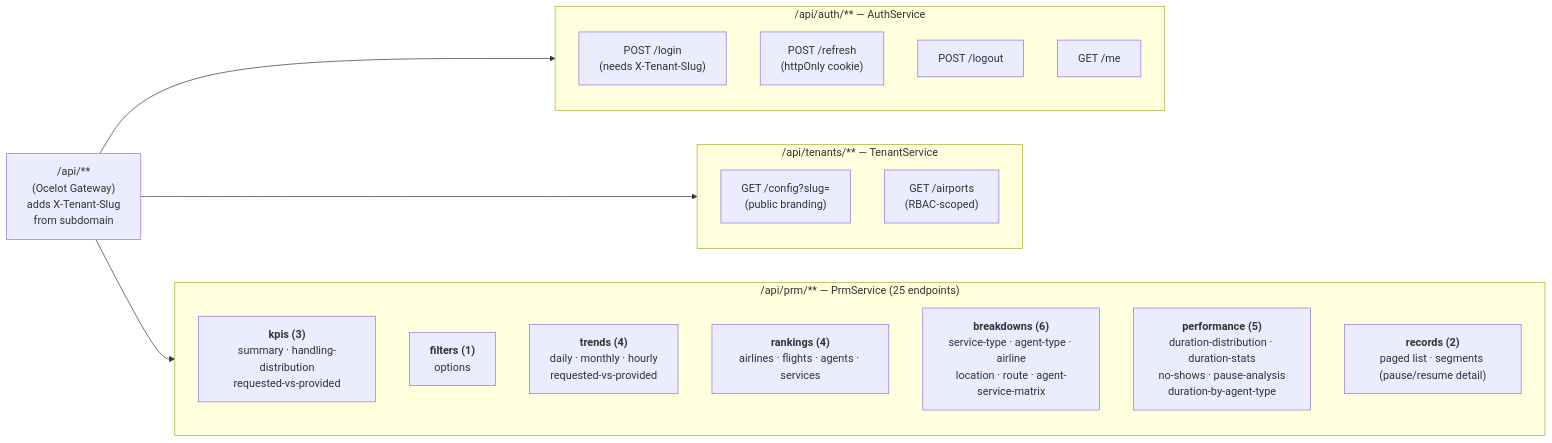
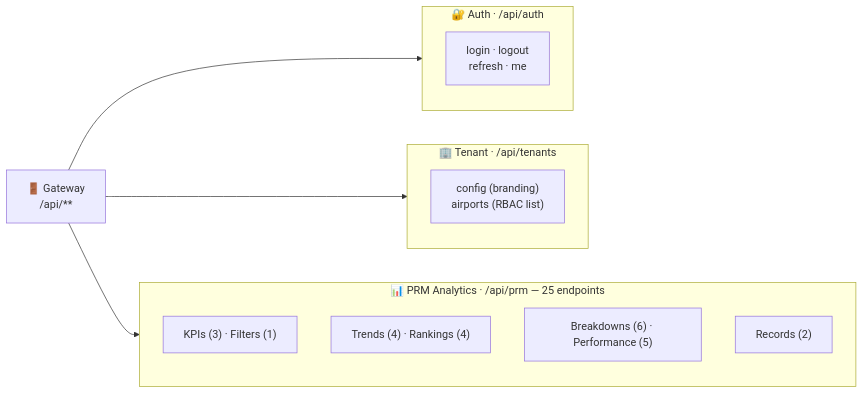
One commit to cosmo666/prm-dashboard changed the sixth of 6 diagrams in README.md. Above: the diagram before and after it, drawn with Mermaid. The commit also changed other lines of this file and 3 other files, not shown here.

````diff
--- a/README.md
+++ b/README.md
@@ -550,33 +549,24 @@
 ```mermaid
 flowchart LR
-    GW["/api/**<br/>(Ocelot Gateway)<br/>adds X-Tenant-Slug<br/>from subdomain"]
+    GW["🚪 Gateway<br/>/api/**"]
 
-    subgraph A["/api/auth/** — AuthService"]
-        direction TB
-        A1["POST /login<br/>(needs X-Tenant-Slug)"]
-        A2["POST /refresh<br/>(httpOnly cookie)"]
-        A3["POST /logout"]
-        A4["GET /me"]
+    subgraph A["🔐 Auth · /api/auth"]
+        A1["login · logout<br/>refresh · me"]
     end
 
-    subgraph T["/api/tenants/** — TenantService"]
-        direction TB
-        T1["GET /config?slug=<br/>(public branding)"]
-        T2["GET /airports<br/>(RBAC-scoped)"]
+    subgraph T["🏢 Tenant · /api/tenants"]
+        T1["config (branding)<br/>airports (RBAC list)"]
     end
 
-    subgraph P["/api/prm/** — PrmService (25 endpoints)"]
+    subgraph P["📊 PRM Analytics · /api/prm — 25 endpoints"]
         direction TB
-        Kpis["<b>kpis (3)</b><br/>summary · handling-distribution<br/>requested-vs-provided"]
-        Filters["<b>filters (1)</b><br/>options"]
-        Trends["<b>trends (4)</b><br/>daily · monthly · hourly<br/>requested-vs-provided"]
-        Rankings["<b>rankings (4)</b><br/>airlines · flights · agents · services"]
-        Breakdowns["<b>breakdowns (6)</b><br/>service-type · agent-type · airline<br/>location · route · agent-service-matrix"]
-        Performance["<b>performance (5)</b><br/>duration-distribution · duration-stats<br/>no-shows · pause-analysis<br/>duration-by-agent-type"]
-        Records["<b>records (2)</b><br/>paged list · segments (pause/resume detail)"]
+        P1["KPIs (3) · Filters (1)"]
+        P2["Trends (4) · Rankings (4)"]
+        P3["Breakdowns (6) · Performance (5)"]
+        P4["Records (2)"]
     end
 
     GW --> A
     GW --> T
     GW --> P
 ```
````
